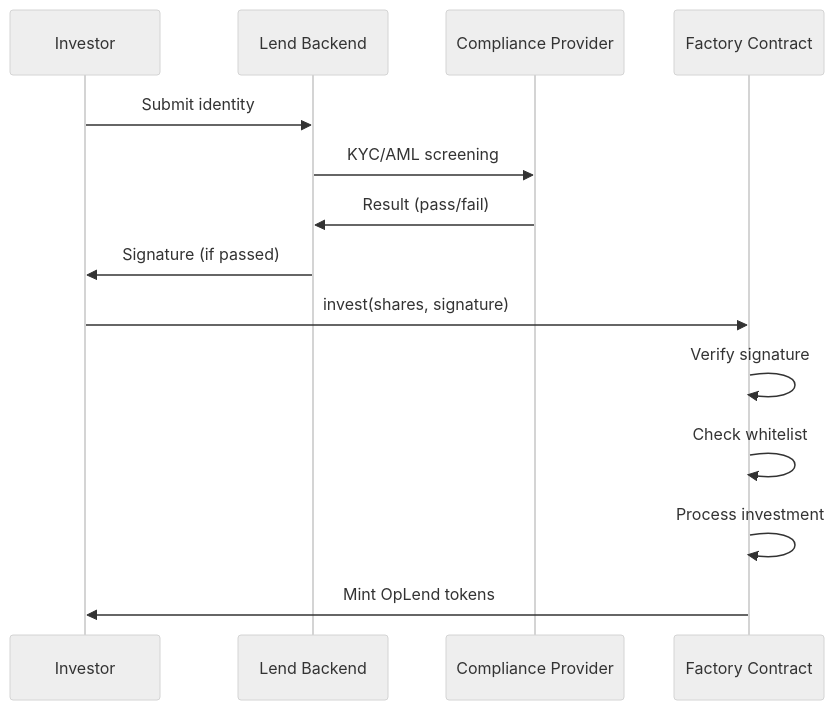
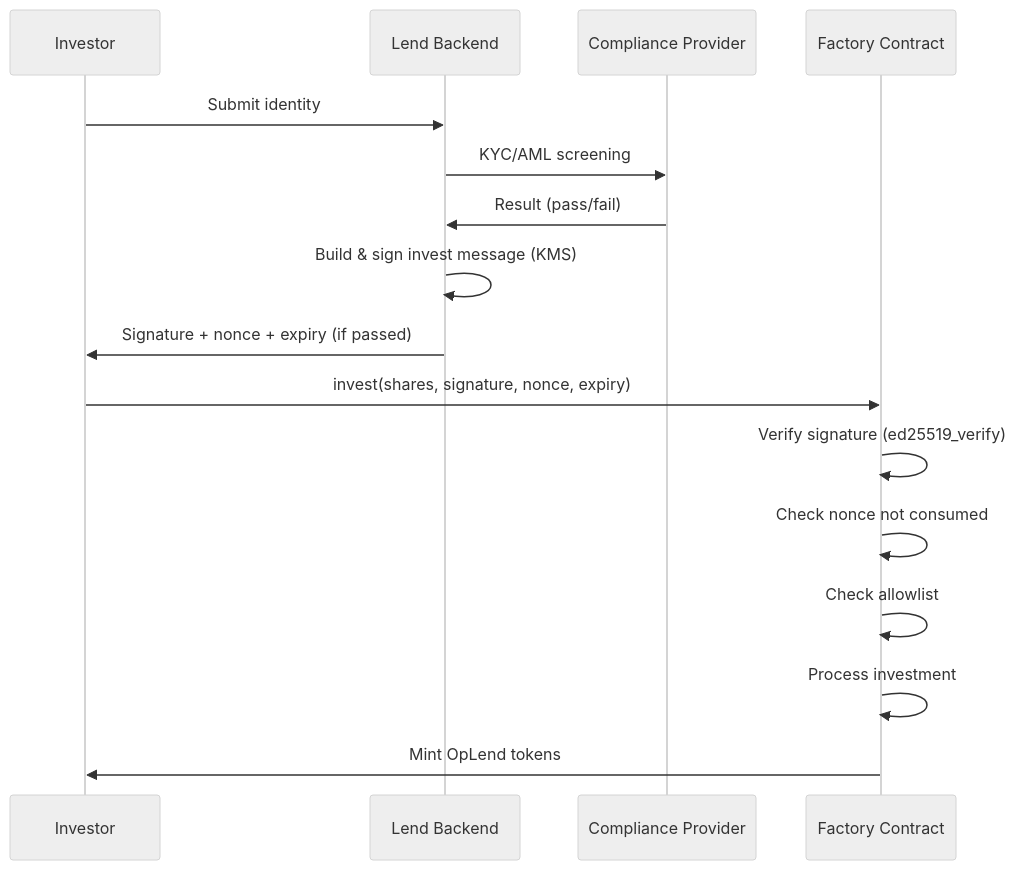
Before and after one commit to lendxyz/stellar-stack: the sixth of 8 diagrams in README.md, drawn with Mermaid (neutral theme). The commit also changed other lines of this file, not shown here.

````diff
--- a/README.md
+++ b/README.md
@@ -302,17 +519,19 @@
 ```mermaid
 sequenceDiagram
     participant I as Investor
     participant B as Lend Backend
     participant C as Compliance Provider
     participant F as Factory Contract
 
     I->>B: Submit identity
     B->>C: KYC/AML screening
     C->>B: Result (pass/fail)
-    B->>I: Signature (if passed)
-    I->>F: invest(shares, signature)
-    F->>F: Verify signature
-    F->>F: Check whitelist
+    B->>B: Build & sign invest message (KMS)
+    B->>I: Signature + nonce + expiry (if passed)
+    I->>F: invest(shares, signature, nonce, expiry)
+    F->>F: Verify signature (ed25519_verify)
+    F->>F: Check nonce not consumed
+    F->>F: Check allowlist
     F->>F: Process investment
     F->>I: Mint OpLend tokens
 ```
````
